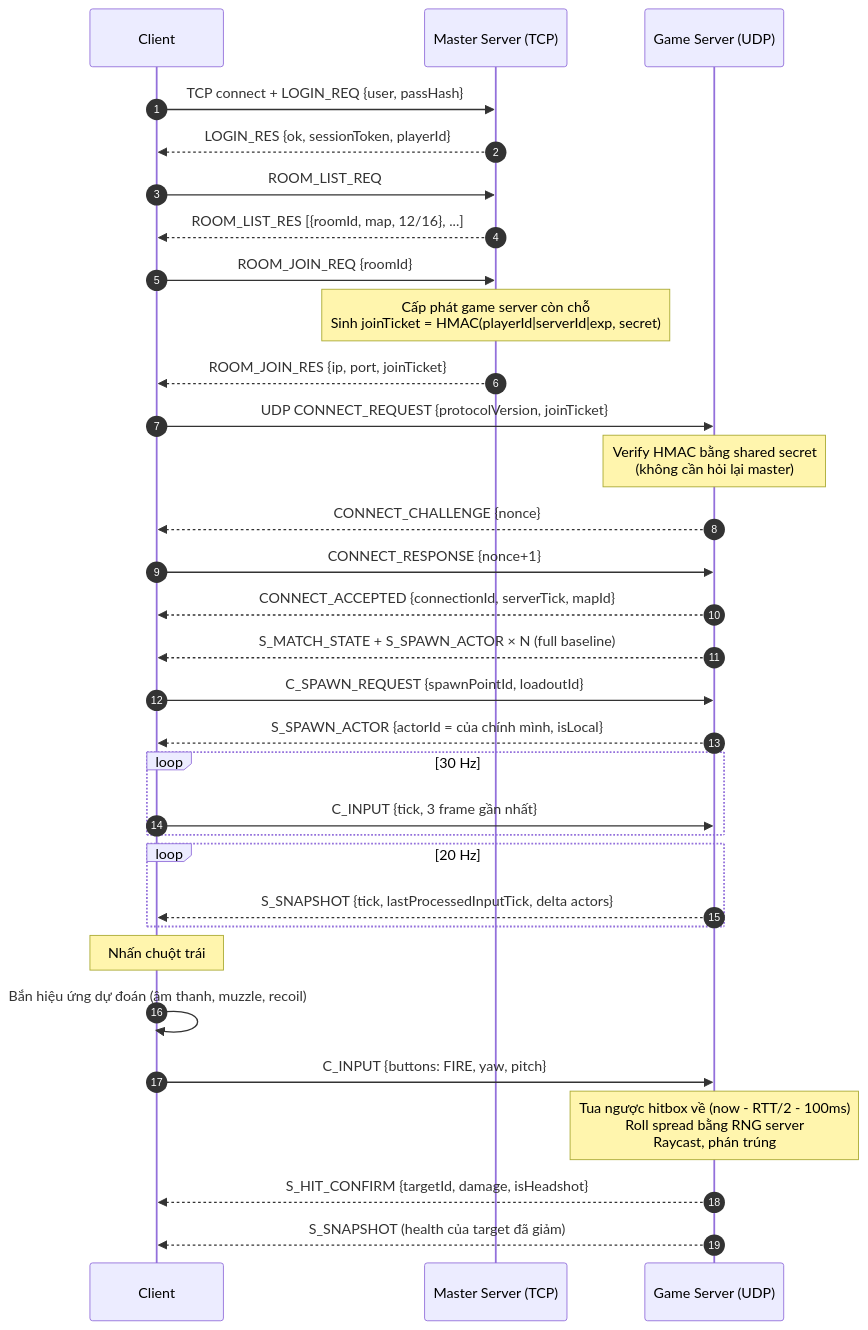
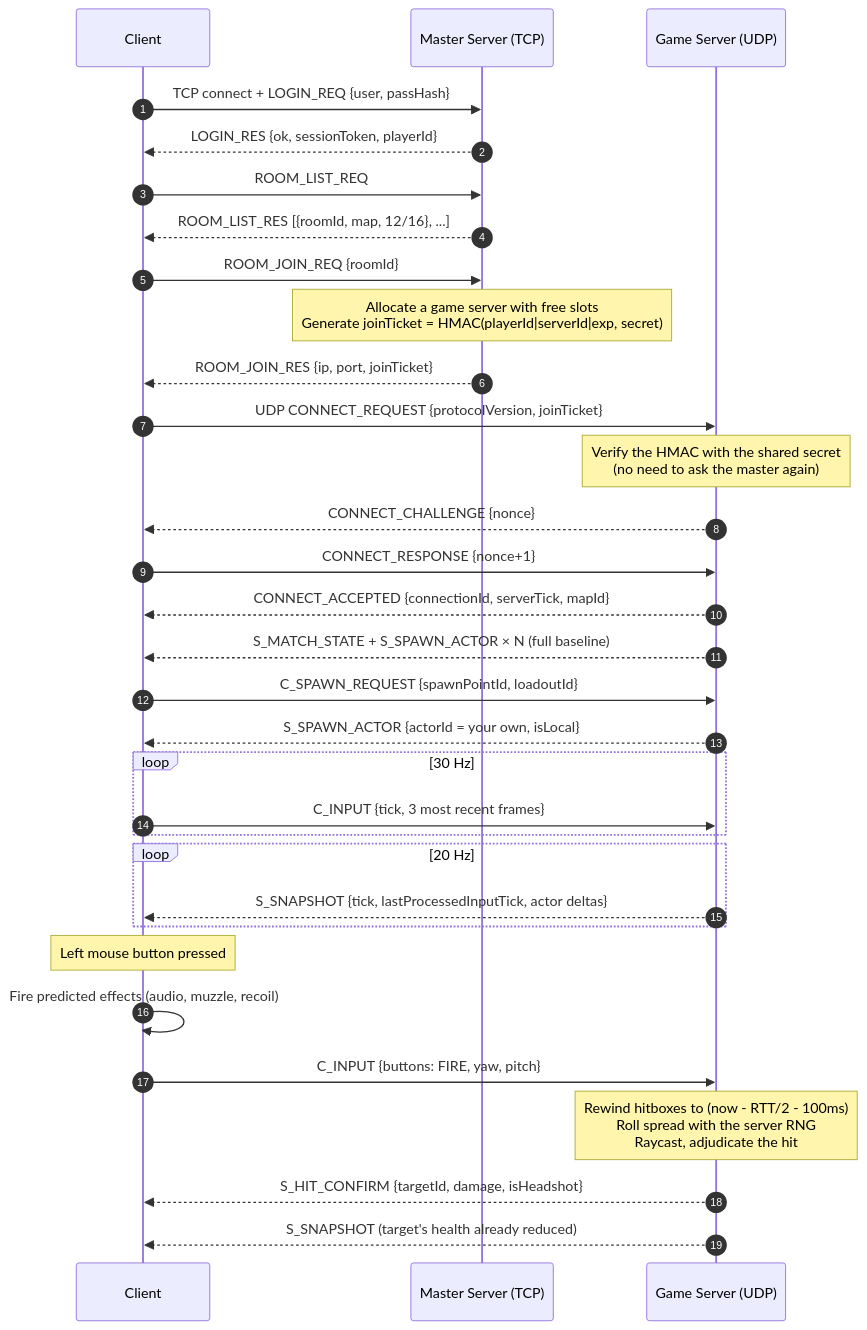
Before and after one commit to Nghaiz/LTM: the third of 3 diagrams in plans/00-shared/architecture.md, drawn with Mermaid. The commit also changed other lines of this file and 34 other files, not shown here.

````diff
--- a/plans/00-shared/architecture.md
+++ b/plans/00-shared/architecture.md
@@ -194,39 +199,39 @@
 ```mermaid
 sequenceDiagram
     autonumber
     participant C as Client
     participant M as Master Server (TCP)
     participant G as Game Server (UDP)
 
     C->>M: TCP connect + LOGIN_REQ {user, passHash}
     M-->>C: LOGIN_RES {ok, sessionToken, playerId}
     C->>M: ROOM_LIST_REQ
     M-->>C: ROOM_LIST_RES [{roomId, map, 12/16}, ...]
     C->>M: ROOM_JOIN_REQ {roomId}
-    Note over M: Cấp phát game server còn chỗ<br/>Sinh joinTicket = HMAC(playerId|serverId|exp, secret)
+    Note over M: Allocate a game server with free slots<br/>Generate joinTicket = HMAC(playerId|serverId|exp, secret)
     M-->>C: ROOM_JOIN_RES {ip, port, joinTicket}
 
     C->>G: UDP CONNECT_REQUEST {protocolVersion, joinTicket}
-    Note over G: Verify HMAC bằng shared secret<br/>(không cần hỏi lại master)
+    Note over G: Verify the HMAC with the shared secret<br/>(no need to ask the master again)
     G-->>C: CONNECT_CHALLENGE {nonce}
     C->>G: CONNECT_RESPONSE {nonce+1}
     G-->>C: CONNECT_ACCEPTED {connectionId, serverTick, mapId}
 
     G-->>C: S_MATCH_STATE + S_SPAWN_ACTOR × N (full baseline)
     C->>G: C_SPAWN_REQUEST {spawnPointId, loadoutId}
-    G-->>C: S_SPAWN_ACTOR {actorId = của chính mình, isLocal}
+    G-->>C: S_SPAWN_ACTOR {actorId = your own, isLocal}
 
     loop 30 Hz
-        C->>G: C_INPUT {tick, 3 frame gần nhất}
+        C->>G: C_INPUT {tick, 3 most recent frames}
     end
     loop 20 Hz
-        G-->>C: S_SNAPSHOT {tick, lastProcessedInputTick, delta actors}
+        G-->>C: S_SNAPSHOT {tick, lastProcessedInputTick, actor deltas}
     end
 
-    Note over C: Nhấn chuột trái
-    C->>C: Bắn hiệu ứng dự đoán (âm thanh, muzzle, recoil)
+    Note over C: Left mouse button pressed
+    C->>C: Fire predicted effects (audio, muzzle, recoil)
     C->>G: C_INPUT {buttons: FIRE, yaw, pitch}
-    Note over G: Tua ngược hitbox về (now - RTT/2 - 100ms)<br/>Roll spread bằng RNG server<br/>Raycast, phán trúng
+    Note over G: Rewind hitboxes to (now - RTT/2 - 100ms)<br/>Roll spread with the server RNG<br/>Raycast, adjudicate the hit
     G-->>C: S_HIT_CONFIRM {targetId, damage, isHeadshot}
-    G-->>C: S_SNAPSHOT (health của target đã giảm)
+    G-->>C: S_SNAPSHOT (target's health already reduced)
 ```
````
